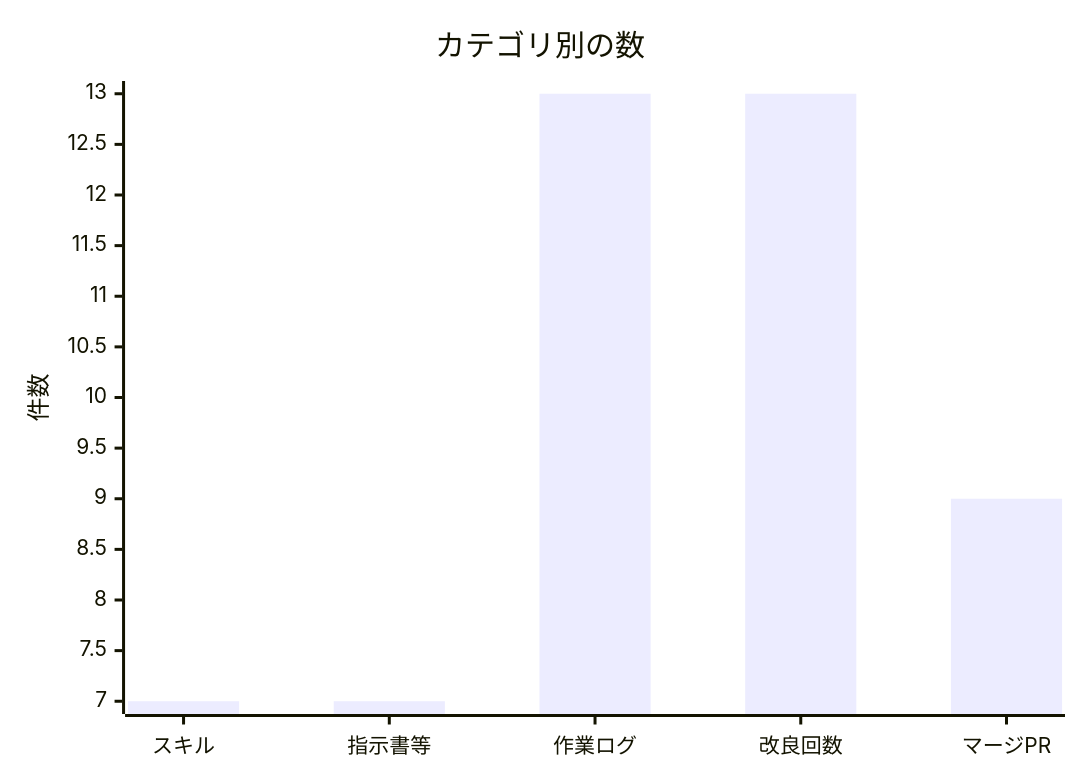
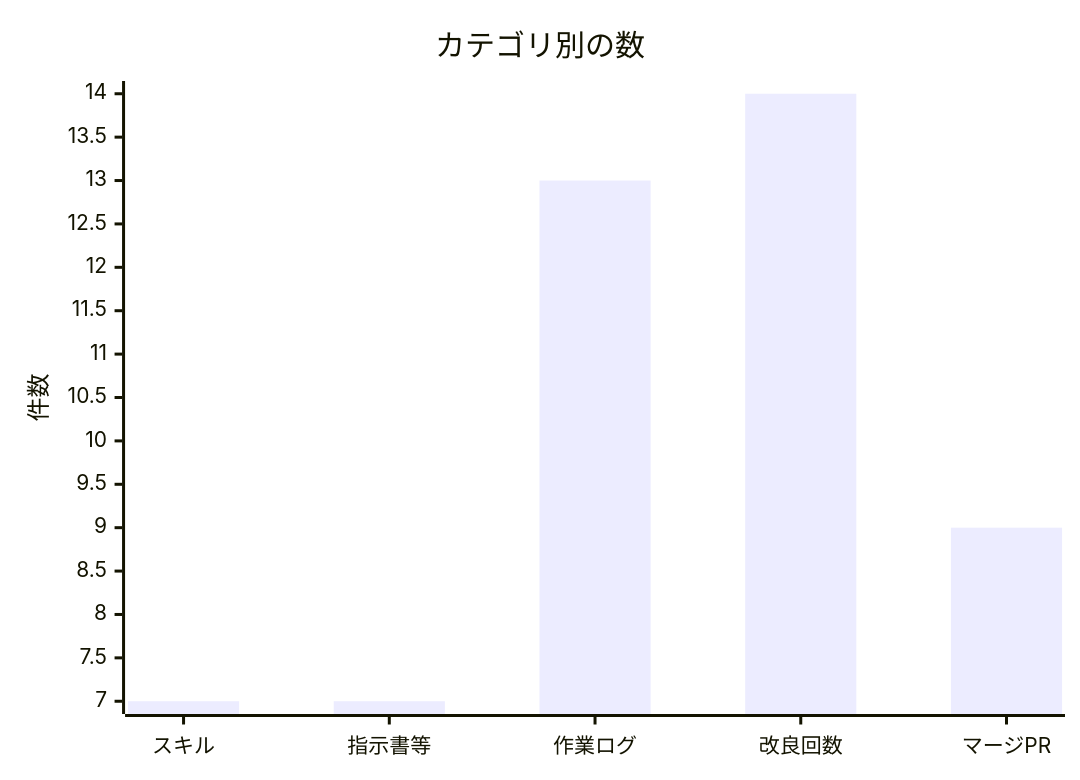
The second of 2 diagrams in docs/進化レポート.md (non-x2/non-x2), drawn with Mermaid before and after one commit. The commit also changed other lines of this file and 2 other files, not shown here.

````diff
--- a/docs/進化レポート.md
+++ b/docs/進化レポート.md
@@ -35,7 +35,7 @@
 ```mermaid
 xychart-beta
     title "カテゴリ別の数"
     x-axis ["スキル", "指示書等", "作業ログ", "改良回数", "マージPR"]
     y-axis "件数"
-    bar [7, 7, 13, 13, 9]
+    bar [7, 7, 13, 14, 9]
 ```
````
